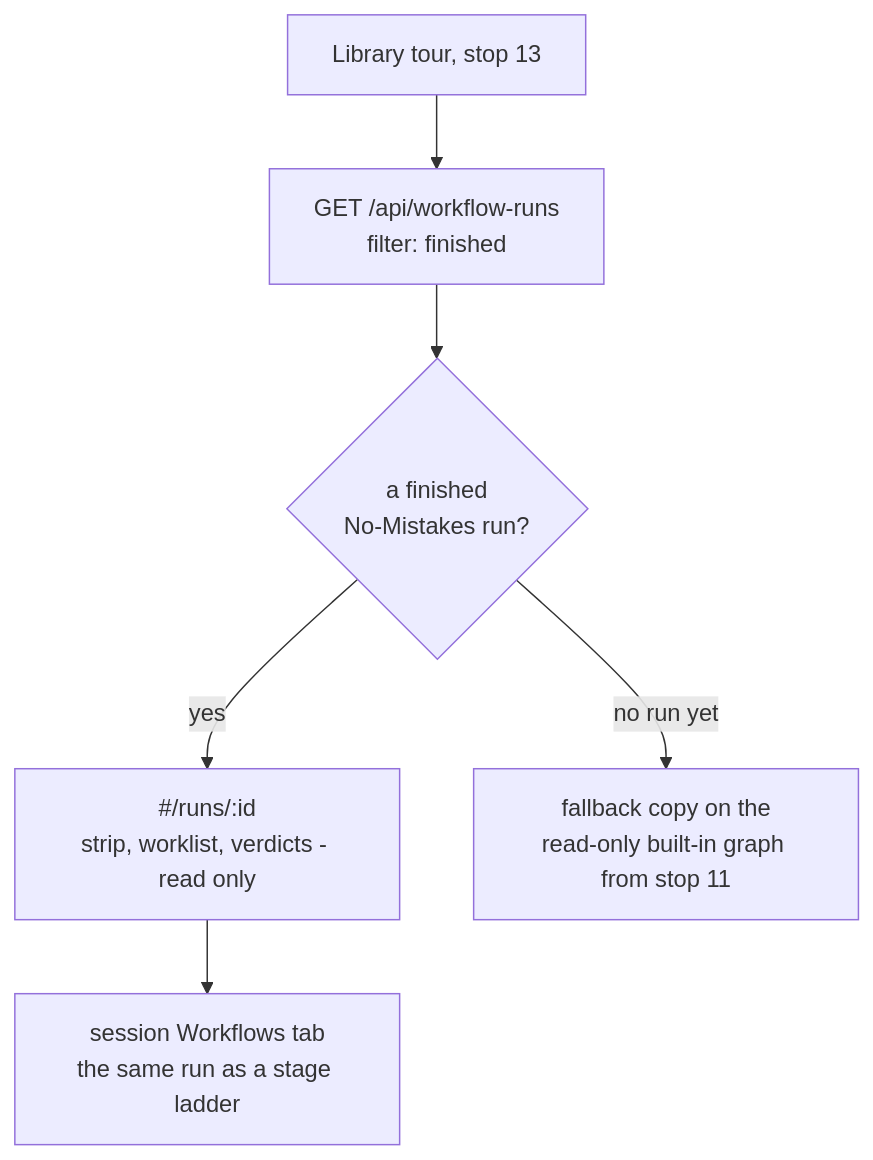
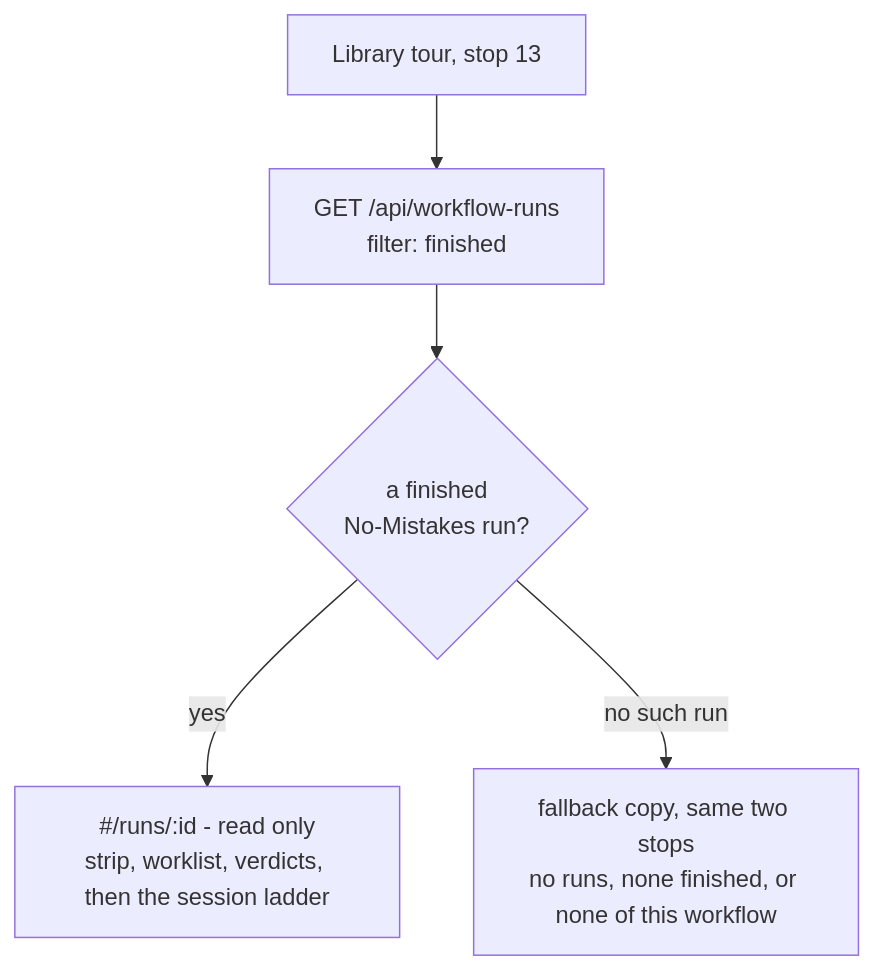
The second of 2 diagrams in docs/plans/library-tour/plan.md (teamupstart/mission-control), drawn with Mermaid before and after one commit. The commit also changed other lines of this file and 1 other file, not shown here.

````diff
--- a/docs/plans/library-tour/plan.md
+++ b/docs/plans/library-tour/plan.md
@@ -289,8 +346,7 @@
 ```mermaid
 graph TD
   T[Library tour, stop 13] --> Q["GET /api/workflow-runs<br/>filter: finished"]
   Q --> D{a finished<br/>No-Mistakes run?}
-  D -->|yes| R["#/runs/:id<br/>strip, worklist, verdicts - read only"]
-  R --> L["session Workflows tab<br/>the same run as a stage ladder"]
-  D -->|no run yet| F["fallback copy on the<br/>read-only built-in graph from stop 11"]
+  D -->|yes| R["#/runs/:id - read only<br/>strip, worklist, verdicts, then the session ladder"]
+  D -->|no such run| F["fallback copy, same two stops<br/>no runs, none finished, or none of this workflow"]
 ```
````
